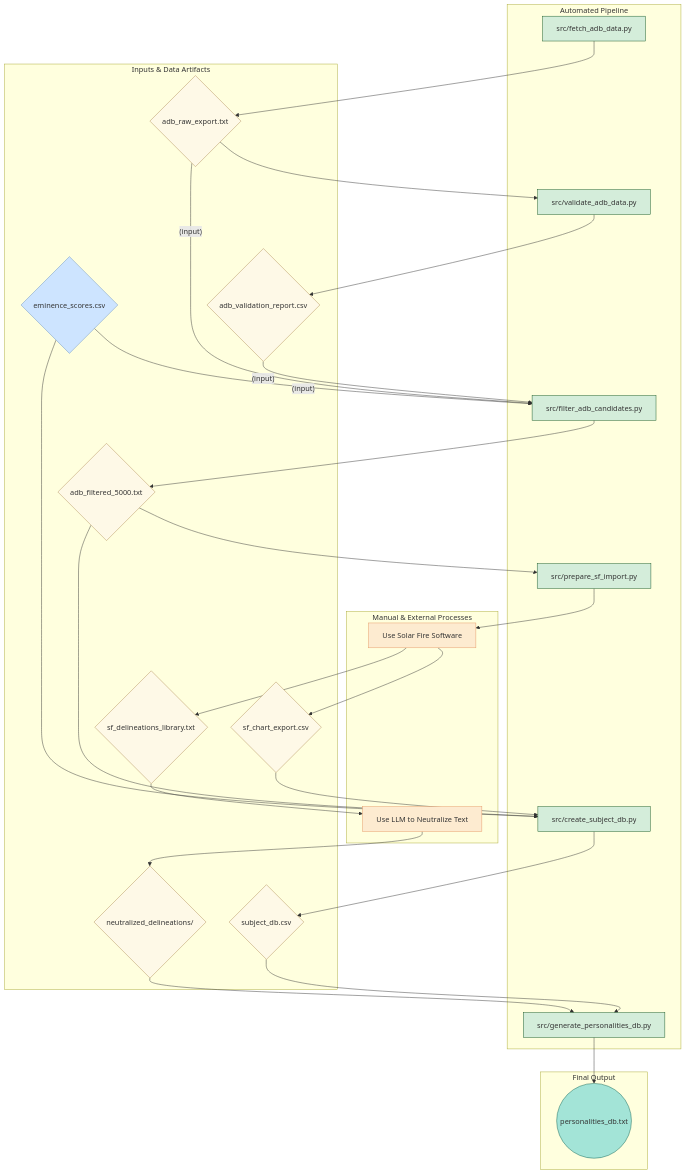
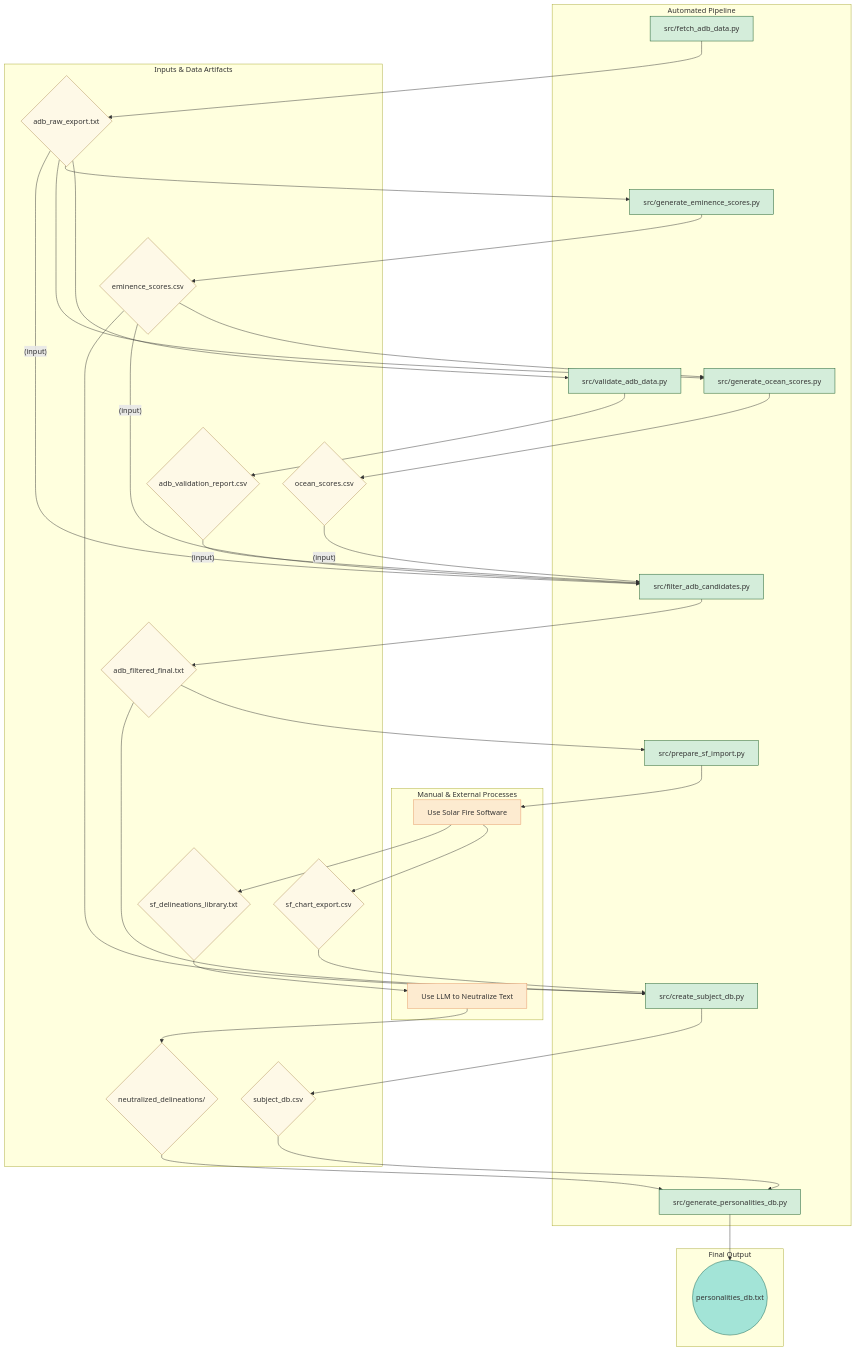
One commit to peterjmarko/llm-narrative-framework changed the diagram in docs/diagrams/flow_prep_pipeline.mmd. Above: the diagram before and after it, drawn with Mermaid. The commit also changed 19 other files, not shown here.

```diff
--- a/docs/diagrams/flow_prep_pipeline.mmd
+++ b/docs/diagrams/flow_prep_pipeline.mmd
@@ -1,74 +1,86 @@
 graph TD
     subgraph "Automated Pipeline"
         S_fetch[src/fetch_adb_data.py]
         S_validate[src/validate_adb_data.py]
+        S_eminence[src/generate_eminence_scores.py]
+        S_ocean[src/generate_ocean_scores.py]
         S_filter[src/filter_adb_candidates.py]
         S_prepare[src/prepare_sf_import.py]
         S_create[src/create_subject_db.py]
         S_generate[src/generate_personalities_db.py]
     end
 
     subgraph "Manual & External Processes"
         P_sf[Use Solar Fire Software]
         P_llm[Use LLM to Neutralize Text]
     end
     
     subgraph "Inputs & Data Artifacts"
         E_scores{eminence_scores.csv}
+        D_ocean{ocean_scores.csv}
         A_raw{adb_raw_export.txt}
         B_report{adb_validation_report.csv}
-        C_filtered{adb_filtered_5000.txt}
+        C_filtered{adb_filtered_final.txt}
         D_export{sf_chart_export.csv}
         E_lib{sf_delineations_library.txt}
         F_neut{neutralized_delineations/}
         G_db{subject_db.csv}
     end
 
     subgraph "Final Output"
         O((personalities_db.txt))
     end
 
     S_fetch --> A_raw
     A_raw --> S_validate
     S_validate --> B_report
     
+    A_raw --> S_eminence
+    S_eminence --> E_scores
+    E_scores & A_raw --> S_ocean
+    S_ocean --> D_ocean
+    
     A_raw -- "(input)" --> S_filter
     B_report -- "(input)" --> S_filter
     E_scores -- "(input)" --> S_filter
+    D_ocean -- "(input)" --> S_filter
     S_filter --> C_filtered
 
     C_filtered --> S_prepare
     S_prepare --> P_sf
     
     P_sf --> D_export
     P_sf --> E_lib
 
     E_lib --> P_llm
     P_llm --> F_neut
     
     D_export --> S_create
     C_filtered --> S_create
     E_scores --> S_create
     S_create --> G_db
     
     G_db --> S_generate
     F_neut --> S_generate
     S_generate --> O
 
     style S_fetch fill:#d4edda,stroke:#155724
     style S_validate fill:#d4edda,stroke:#155724
+    style S_eminence fill:#d4edda,stroke:#155724
+    style S_ocean fill:#d4edda,stroke:#155724
     style S_filter fill:#d4edda,stroke:#155724
     style S_prepare fill:#d4edda,stroke:#155724
     style S_create fill:#d4edda,stroke:#155724
     style S_generate fill:#d4edda,stroke:#155724
     style P_sf fill:#fdebd0,stroke:#e59866
     style P_llm fill:#fdebd0,stroke:#e59866
-    style E_scores fill:#cde4ff,stroke:#6c93be
+    style E_scores fill:#fef9e7,stroke:#b08d57
+    style D_ocean fill:#fef9e7,stroke:#b08d57
     style A_raw fill:#fef9e7,stroke:#b08d57
     style B_report fill:#fef9e7,stroke:#b08d57
     style C_filtered fill:#fef9e7,stroke:#b08d57
     style D_export fill:#fef9e7,stroke:#b08d57
     style E_lib fill:#fef9e7,stroke:#b08d57
     style F_neut fill:#fef9e7,stroke:#b08d57
     style G_db fill:#fef9e7,stroke:#b08d57
     style O fill:#a3e4d7,stroke:#0e6251
```
